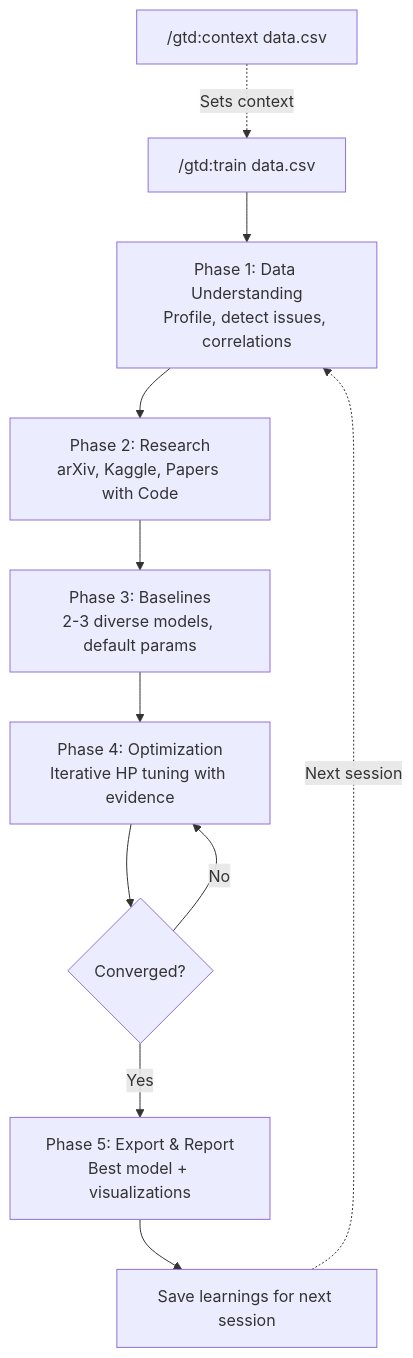
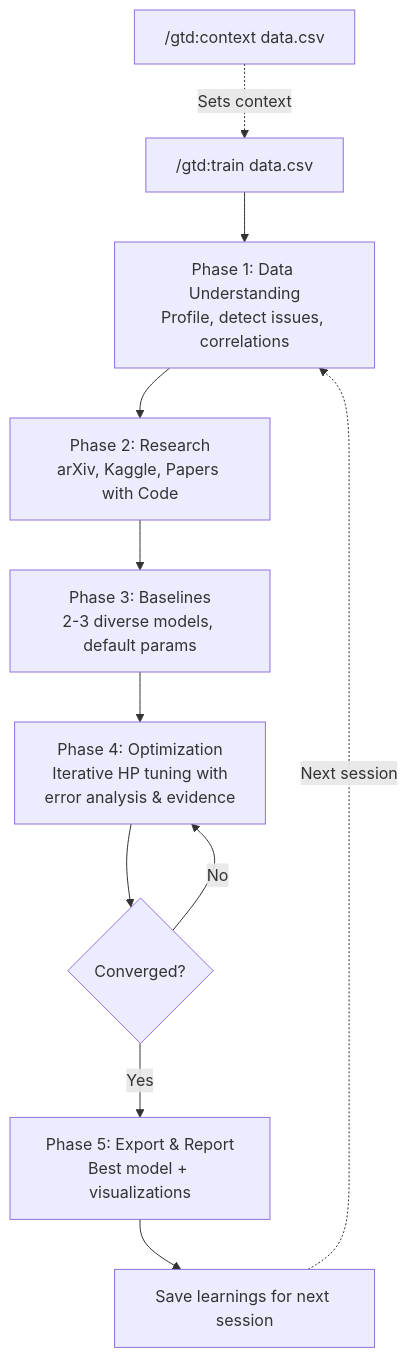
One commit to YuvalShalev/get-training-done changed the first of 2 diagrams in README.md. Above: the diagram before and after it, drawn with Mermaid.

Commit message:
docs: add error analysis to Phase 4 description in workflow diagram

````diff
--- a/README.md
+++ b/README.md
@@ -50,13 +50,13 @@
 ```mermaid
 graph TD
     CTX["/gtd:context data.csv"] -.->|"Sets context"| A
     A["/gtd:train data.csv"] --> B["Phase 1: Data Understanding<br/>Profile, detect issues, correlations"]
     B --> C["Phase 2: Research<br/>arXiv, Kaggle, Papers with Code"]
     C --> D["Phase 3: Baselines<br/>2-3 diverse models, default params"]
-    D --> E["Phase 4: Optimization<br/>Iterative HP tuning with evidence"]
+    D --> E["Phase 4: Optimization<br/>Iterative HP tuning with<br/>error analysis & evidence"]
     E --> F{"Converged?"}
     F -->|No| E
     F -->|Yes| G["Phase 5: Export & Report<br/>Best model + visualizations"]
     G --> H["Save learnings for next session"]
     H -.->|Next session| B
 ```
````
